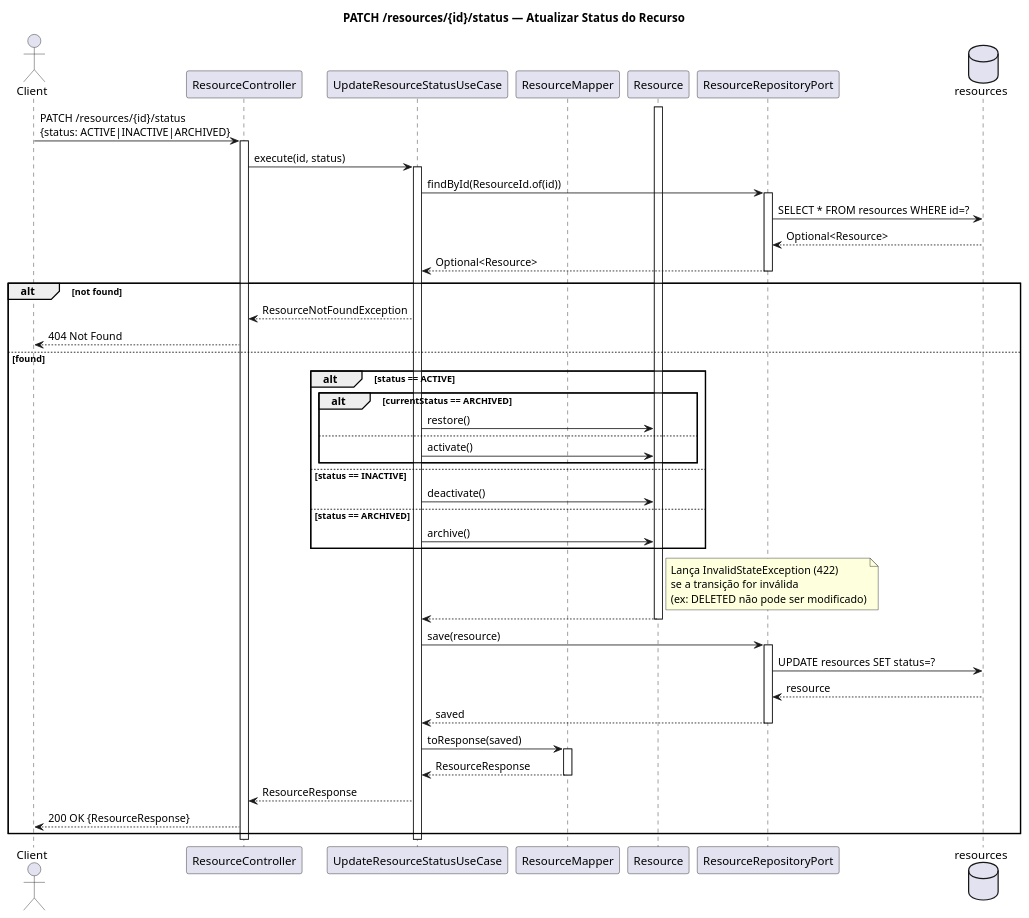
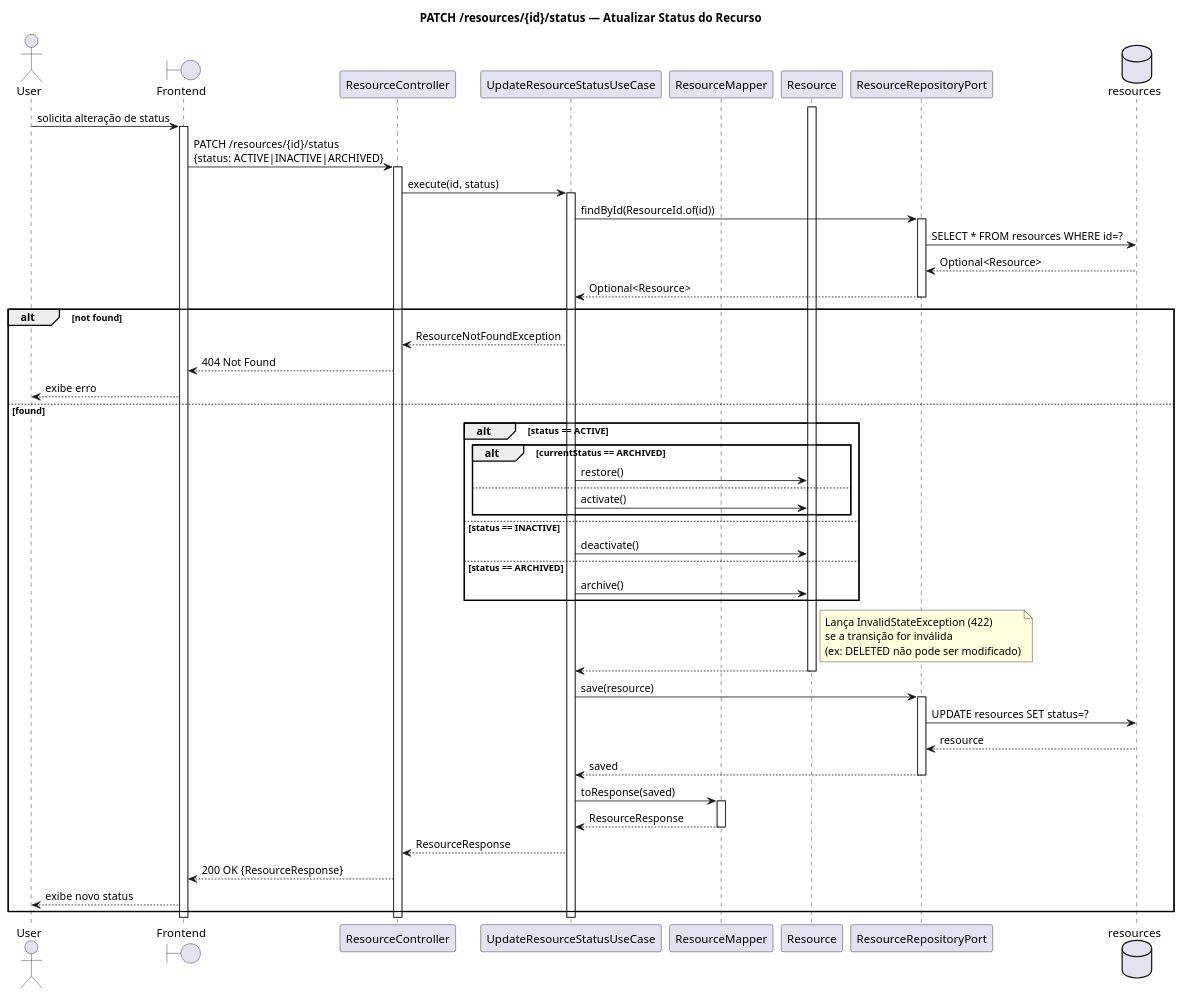
One commit to Neoguara/rooms-diagrams changed the diagram in sequencia/resource/update_resource_status.puml. Above: the diagram before and after it, drawn with PlantUML. The commit also changed 28 other files, not shown here.

```diff
--- a/sequencia/resource/update_resource_status.puml
+++ b/sequencia/resource/update_resource_status.puml
@@ -1,67 +1,73 @@
 @startuml update_resource_status
 
 title PATCH /resources/{id}/status — Atualizar Status do Recurso
 
-actor Client
+actor User
+boundary "Frontend" as FE
 participant "ResourceController" as Ctrl
 participant "UpdateResourceStatusUseCase" as UC
 participant "ResourceMapper" as Mapper
 participant "Resource" as Entity
 participant "ResourceRepositoryPort" as Repo
 database "resources" as DB
 
-Client -> Ctrl: PATCH /resources/{id}/status\n{status: ACTIVE|INACTIVE|ARCHIVED}
+User -> FE: solicita alteração de status
+activate FE
+FE -> Ctrl: PATCH /resources/{id}/status\n{status: ACTIVE|INACTIVE|ARCHIVED}
 activate Ctrl
 
 Ctrl -> UC: execute(id, status)
 activate UC
 
 UC -> Repo: findById(ResourceId.of(id))
 activate Repo
 Repo -> DB: SELECT * FROM resources WHERE id=?
 DB --> Repo: Optional<Resource>
 Repo --> UC: Optional<Resource>
 deactivate Repo
 
 alt not found
   UC --> Ctrl: ResourceNotFoundException
-  Ctrl --> Client: 404 Not Found
+  Ctrl --> FE: 404 Not Found
+  FE --> User: exibe erro
 else found
 
   alt status == ACTIVE
     alt currentStatus == ARCHIVED
       UC -> Entity: restore()
     else
       UC -> Entity: activate()
     end
   else status == INACTIVE
     UC -> Entity: deactivate()
   else status == ARCHIVED
     UC -> Entity: archive()
   end
 
   activate Entity
   note right of Entity: Lança InvalidStateException (422)\nse a transição for inválida\n(ex: DELETED não pode ser modificado)
   Entity --> UC:
   deactivate Entity
 
   UC -> Repo: save(resource)
   activate Repo
   Repo -> DB: UPDATE resources SET status=?
   DB --> Repo: resource
   Repo --> UC: saved
   deactivate Repo
 
   UC -> Mapper: toResponse(saved)
   activate Mapper
   Mapper --> UC: ResourceResponse
   deactivate Mapper
 
   UC --> Ctrl: ResourceResponse
-  Ctrl --> Client: 200 OK {ResourceResponse}
+  Ctrl --> FE: 200 OK {ResourceResponse}
+  FE --> User: exibe novo status
 end
 
 deactivate UC
 deactivate Ctrl
+deactivate FE
 
 @enduml
```
